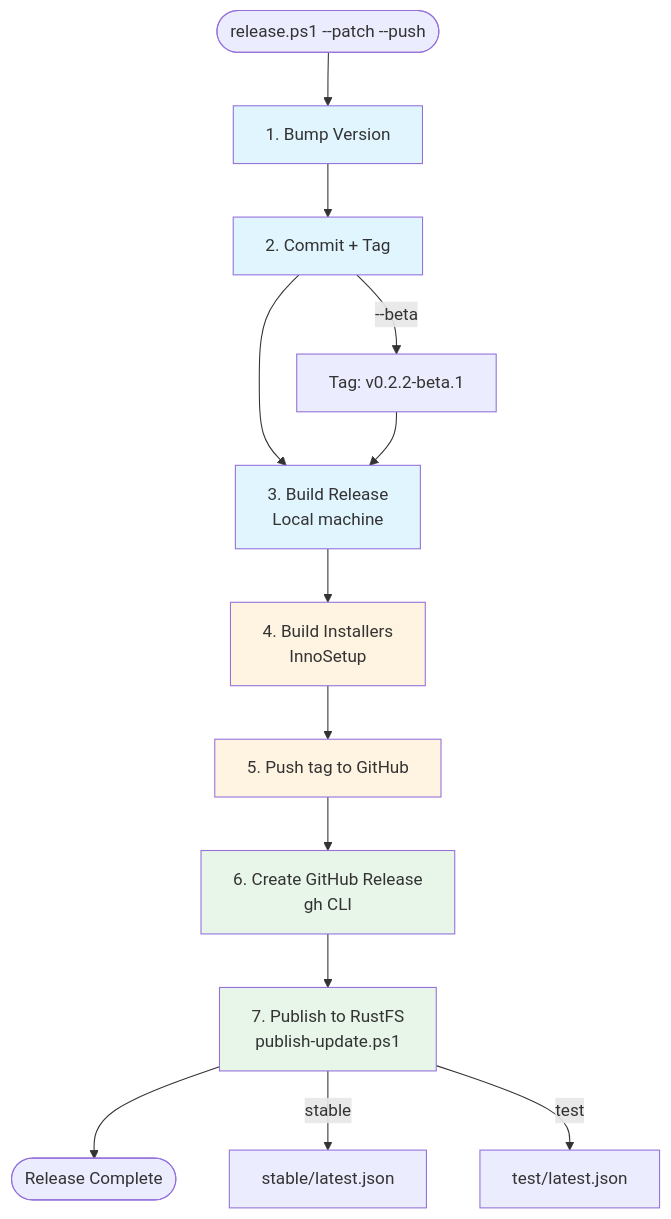
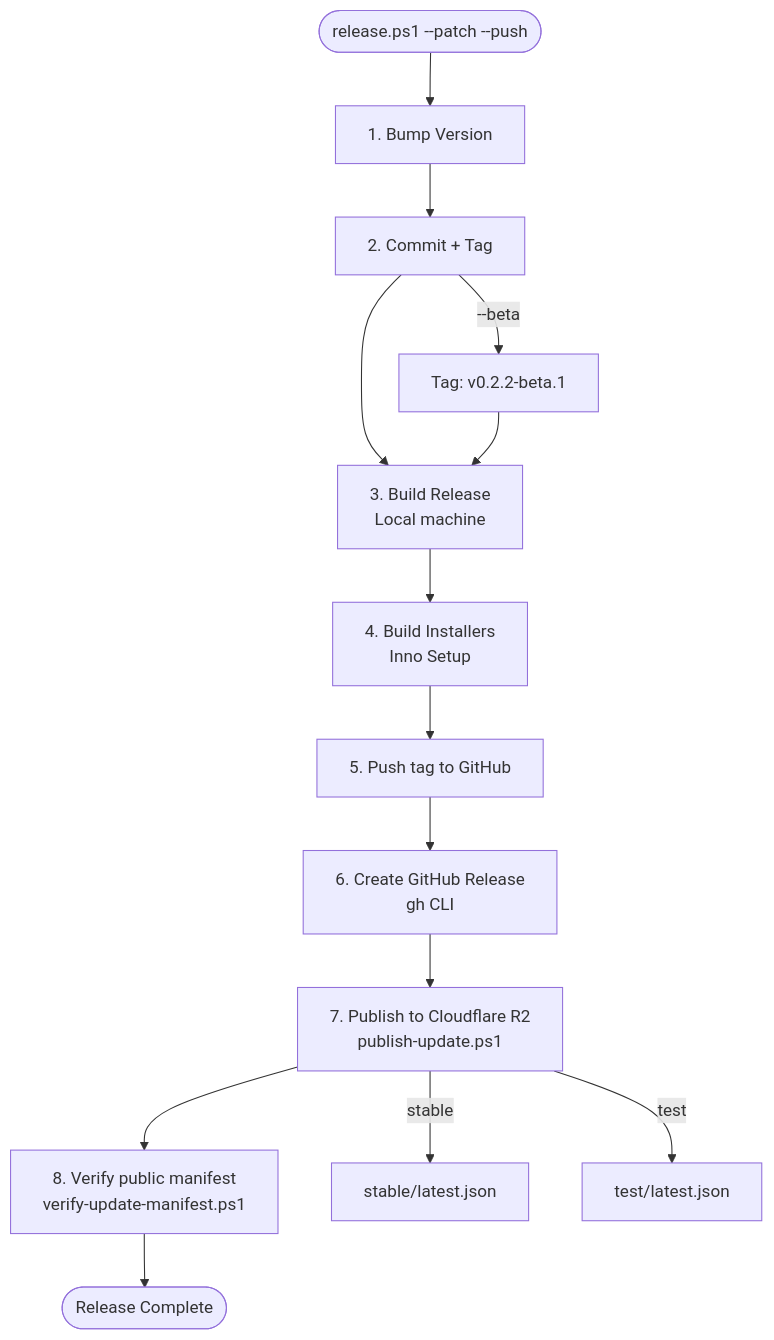
Before and after one commit to KPT1020/mib-studio-qt: the diagram in docs/howto/release-workflow.md, drawn with Mermaid. The commit also changed other lines of this file and 12 other files, not shown here.

````diff
--- a/docs/howto/release-workflow.md
+++ b/docs/howto/release-workflow.md
@@ -305,24 +220,17 @@
 ```mermaid
 flowchart TD
     Start([release.ps1 --patch --push]) --> Bump[1. Bump Version]
     Bump --> Commit[2. Commit + Tag]
     Commit --> Build[3. Build Release<br/>Local machine]
-    Build --> Installers[4. Build Installers<br/>InnoSetup]
+    Build --> Installers[4. Build Installers<br/>Inno Setup]
     Installers --> Push[5. Push tag to GitHub]
     Push --> GHRelease[6. Create GitHub Release<br/>gh CLI]
-    GHRelease --> RustFS[7. Publish to RustFS<br/>publish-update.ps1]
-    RustFS --> Done([Release Complete])
+    GHRelease --> R2[7. Publish to Cloudflare R2<br/>publish-update.ps1]
+    R2 --> Verify[8. Verify public manifest<br/>verify-update-manifest.ps1]
+    Verify --> Done([Release Complete])
 
     Commit -->|--beta| BetaTag[Tag: v0.2.2-beta.1]
     BetaTag --> Build
-    RustFS -->|stable| Stable[stable/latest.json]
-    RustFS -->|test| Test[test/latest.json]
-
-    style Bump fill:#e1f5ff
-    style Commit fill:#e1f5ff
-    style Build fill:#e1f5ff
-    style Installers fill:#fff4e1
-    style Push fill:#fff4e1
-    style GHRelease fill:#e8f5e9
-    style RustFS fill:#e8f5e9
+    R2 -->|stable| Stable[stable/latest.json]
+    R2 -->|test| Test[test/latest.json]
 ```
````
